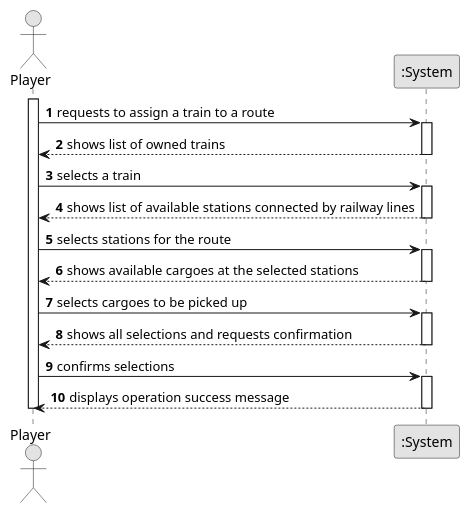
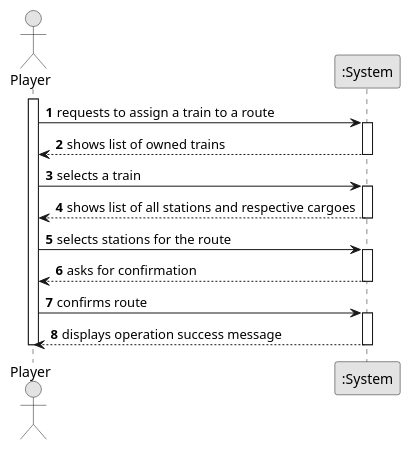
One commit to 1240826/empire-on-tracks changed the diagram in docs/system-documentation/US010/01.requirements-engineering/puml/US010-SSD.puml. Above: the diagram before and after it, drawn with PlantUML. The commit also changed 9 other files, not shown here.

```diff
--- a/docs/system-documentation/US010/01.requirements-engineering/puml/US010-SSD.puml
+++ b/docs/system-documentation/US010/01.requirements-engineering/puml/US010-SSD.puml
@@ -1,44 +1,38 @@
 @startuml
 skinparam monochrome true
 skinparam packageStyle rectangle
 skinparam shadowing false
 
 autonumber
 
 actor "Player" as Player
 participant ":System" as System
 
 activate Player
 
     Player -> System : requests to assign a train to a route
     activate System
 
         System --> Player : shows list of owned trains
     deactivate System
 
     Player -> System : selects a train
     activate System
 
-        System --> Player : shows list of available stations connected by railway lines
+        System --> Player : shows list of all stations and respective cargoes
     deactivate System
 
     Player -> System : selects stations for the route
     activate System
 
-        System --> Player : shows available cargoes at the selected stations
+        System --> Player : asks for confirmation
     deactivate System
 
-    Player -> System : selects cargoes to be picked up
-    activate System
-
-        System --> Player : shows all selections and requests confirmation
-    deactivate System
-
-    Player -> System : confirms selections
+    Player -> System : confirms route
     activate System
 
         System --> Player : displays operation success message
     deactivate System
 
 deactivate Player
 @enduml
```
